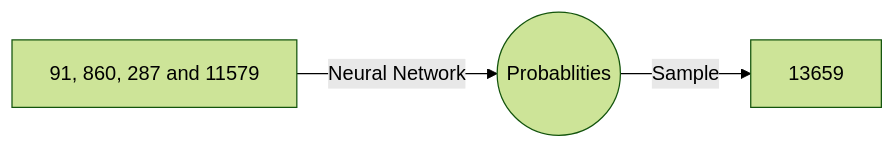
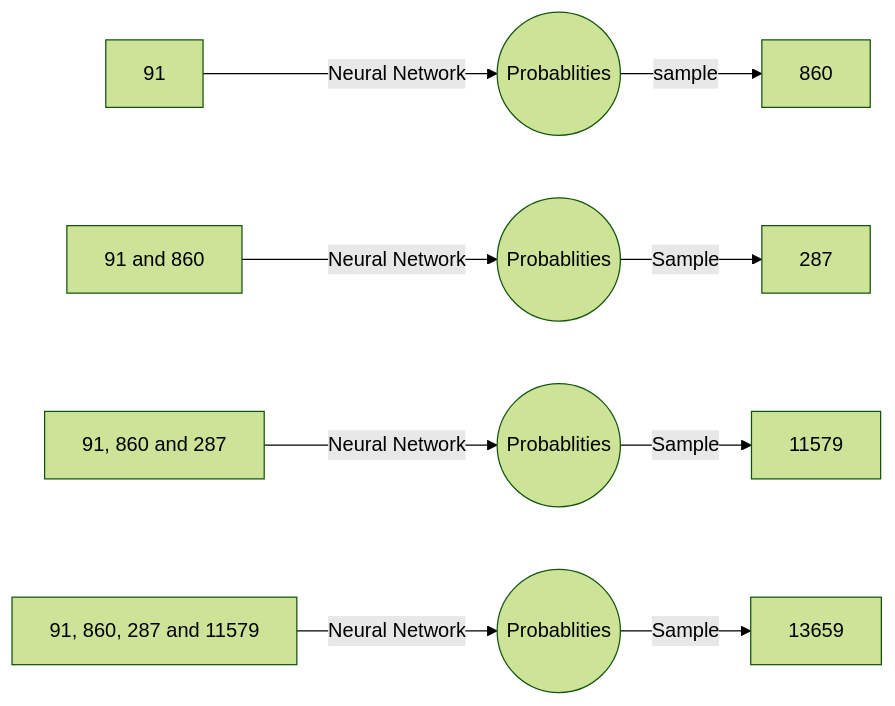
One commit to qwerty-arun/Machine-Learning changed the second of 2 diagrams in Basics.md. Above: the diagram before and after it, drawn with Mermaid (forest theme). The commit also changed other lines of this file, not shown here.

````diff
--- a/Basics.md
+++ b/Basics.md
@@ -211,5 +192,16 @@
    ```mermaid
-   graph LR
-   A[91, 860, 287 and 11579]--> |Neural Network| B(( Probablities ))
-   B-->|Sample| C[13659]
+    graph LR
+    A[91] -->|Neural Network| B(( Probablities ))
+    B -->|sample| C[860]
+
+
+    D[91 and 860]--> |Neural Network| E(( Probablities ))
+    E-->|Sample| F[287]
+
+
+    N[91, 860 and 287]--> |Neural Network| G(( Probablities ))
+    G-->|Sample| H[11579]
+   
+    I[91, 860, 287 and 11579]--> |Neural Network| J(( Probablities ))
+    J-->|Sample| K[13659]
    ```
````
